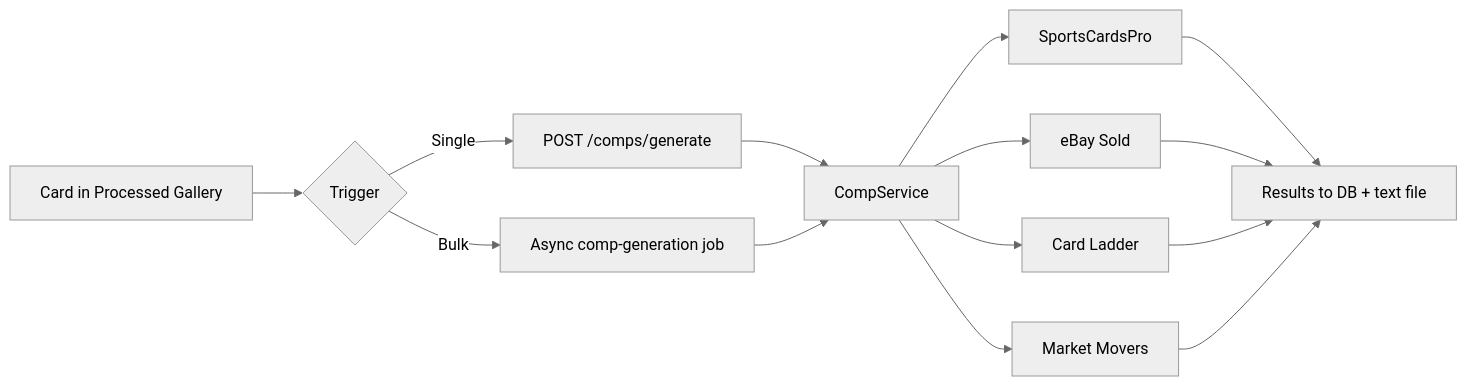
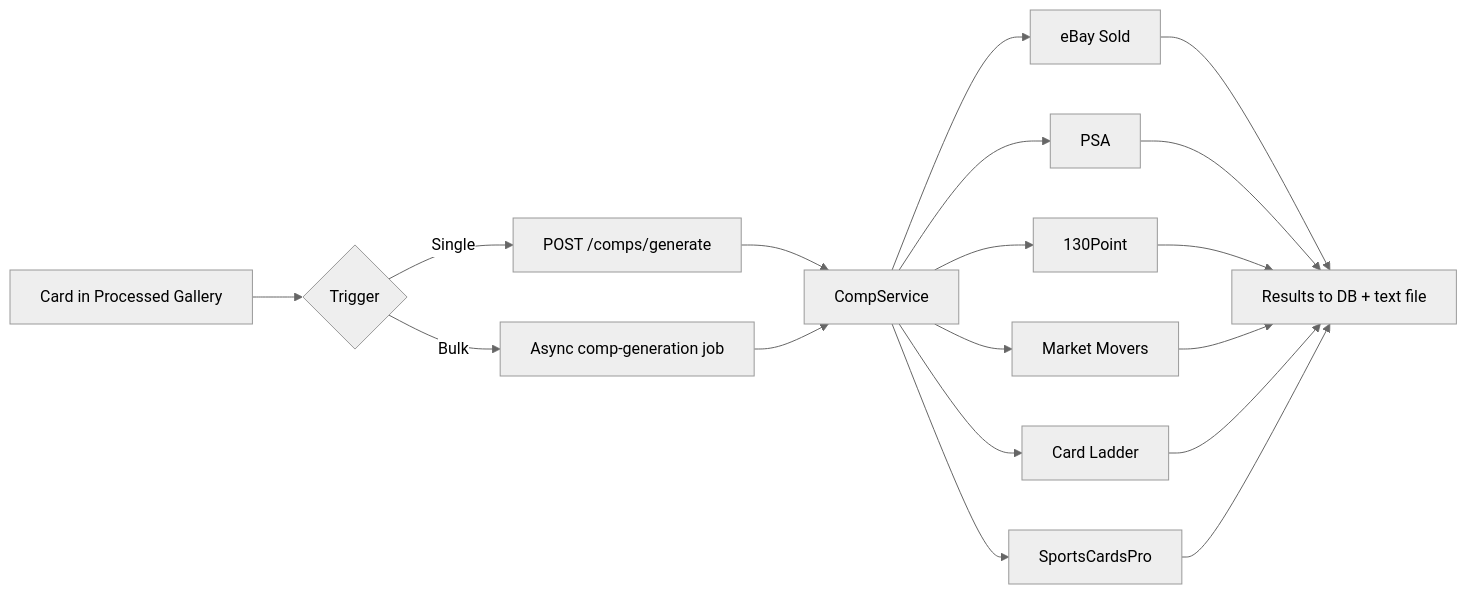
Before and after one commit to Collectors-Playbook/sports-card-tracker: the fourth of 4 diagrams in docs/workflow.md, drawn with Mermaid (neutral theme). The commit also changed other lines of this file and 1 other file, not shown here.

Commit message:
docs: add missing comp sources (PSA, 130Point)
Comp service has 6 adapters not 4. Add PSA and 130Point to the
workflow diagram, comp generation details, and CLAUDE.md source
list with reliability weights.

````diff
--- a/docs/workflow.md
+++ b/docs/workflow.md
@@ -66,13 +66,15 @@
 ```mermaid
 flowchart LR
     A[Card in Processed Gallery] --> B{Trigger}
     B -->|Single| C[POST /comps/generate]
     B -->|Bulk| D[Async comp-generation job]
     C --> E[CompService]
     D --> E
-    E --> F[SportsCardsPro]
-    E --> G[eBay Sold]
-    E --> H[Card Ladder]
+    E --> F[eBay Sold]
+    E --> G[PSA]
+    E --> H[130Point]
     E --> I[Market Movers]
-    F & G & H & I --> J[Results to DB + text file]
+    E --> J[Card Ladder]
+    E --> K[SportsCardsPro]
+    F & G & H & I & J & K --> L[Results to DB + text file]
 ```
````
